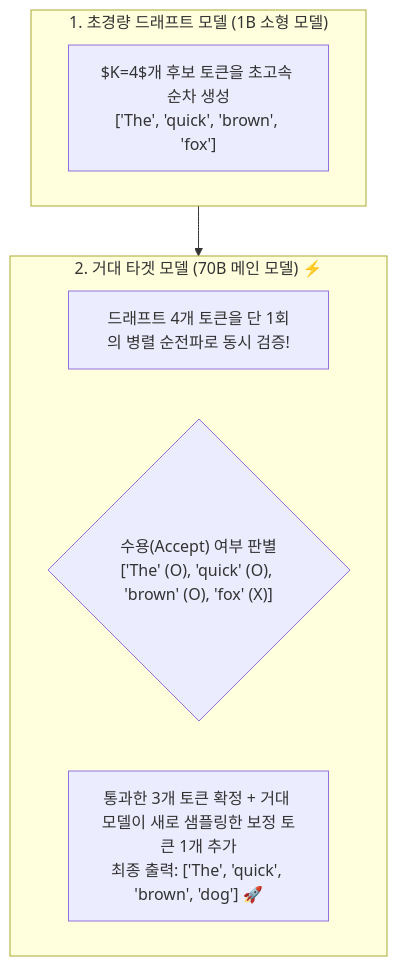
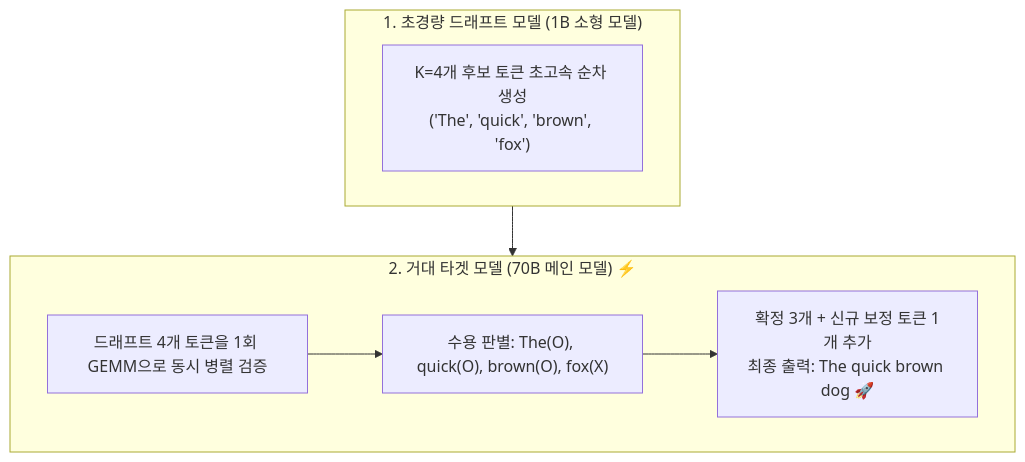
One commit to sing-u8/AI-Engineering changed the first of 3 diagrams in chapter-qa/ch09-inference-optimization-qa/03-speculative-decoding-caching-and-parallelism.md. Above: the diagram before and after it, drawn with Mermaid. The commit also changed other lines of this file, not shown here.

Commit message:
fix(ch09): 03-speculative-decoding 프롬프트 캐싱 및 다이어그램 Mermaid 문법 에러 수정

````diff
--- a/chapter-qa/ch09-inference-optimization-qa/03-speculative-decoding-caching-and-parallelism.md
+++ b/chapter-qa/ch09-inference-optimization-qa/03-speculative-decoding-caching-and-parallelism.md
@@ -39,14 +39,15 @@
 ```mermaid
 flowchart TD
     subgraph Draft["1. 초경량 드래프트 모델 (1B 소형 모델)"]
-        D1["$K=4$개 후보 토큰을 초고속 순차 생성\n['The', 'quick', 'brown', 'fox']"]
+        D1["K=4개 후보 토큰 초고속 순차 생성<br/>('The', 'quick', 'brown', 'fox')"]
     end
 
     subgraph Target["2. 거대 타겟 모델 (70B 메인 모델) ⚡"]
-        T1["드래프트 4개 토큰을 단 1회의 병렬 순전파로 동시 검증!"]
-        T2{"수용(Accept) 여부 판별\n['The' (O), 'quick' (O), 'brown' (O), 'fox' (X)]"}
-        T3["통과한 3개 토큰 확정 + 거대 모델이 새로 샘플링한 보정 토큰 1개 추가\n최종 출력: ['The', 'quick', 'brown', 'dog'] 🚀"]
+        T1["드래프트 4개 토큰을 1회 GEMM으로 동시 병렬 검증"]
+        T2["수용 판별: The(O), quick(O), brown(O), fox(X)"]
+        T3["확정 3개 + 신규 보정 토큰 1개 추가<br/>최종 출력: The quick brown dog 🚀"]
+        T1 --> T2 --> T3
     end
 
     Draft --> Target
 ```
````
